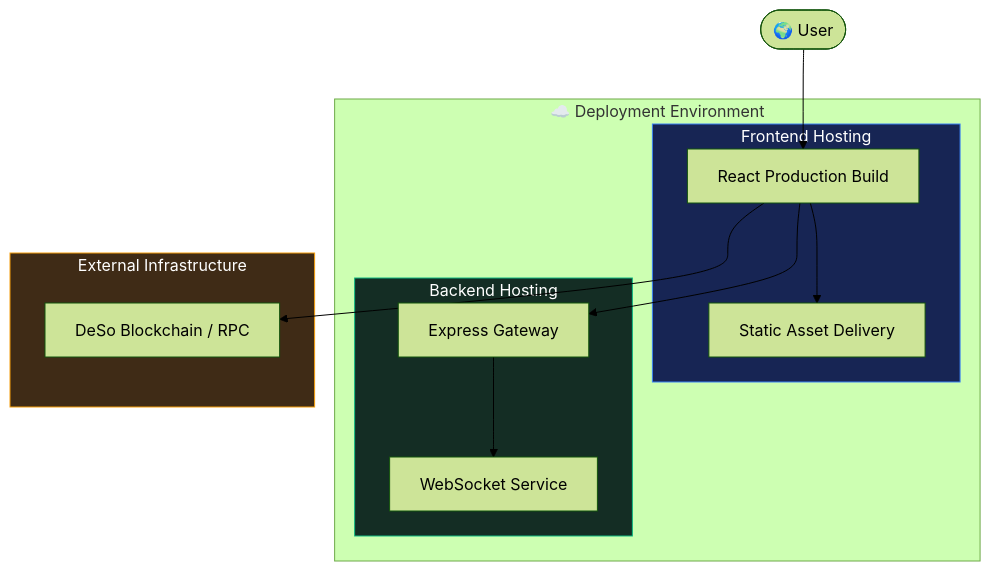
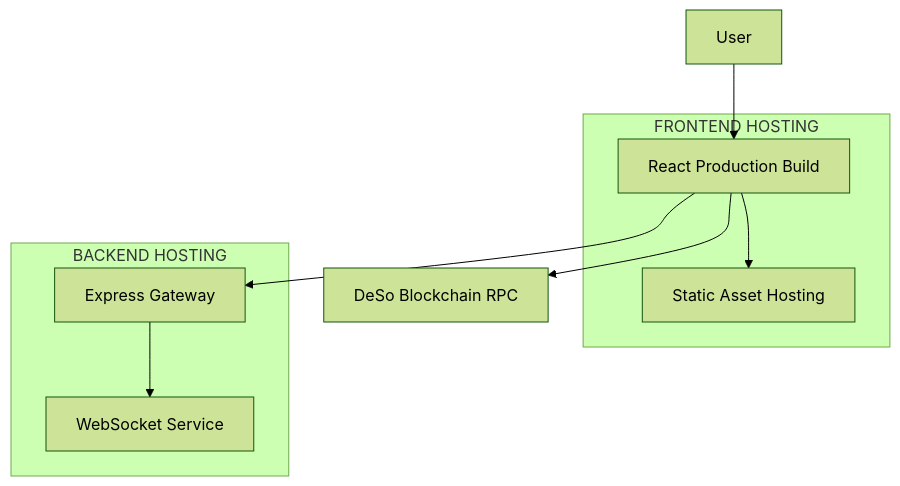
Before and after one commit to GREYHATTER225/supmate-web3: the third of 3 diagrams in README.md, drawn with Mermaid (forest theme). The commit also changed other lines of this file, not shown here.

````diff
--- a/README.md
+++ b/README.md
@@ -254,33 +270,23 @@
 ```mermaid
 flowchart TB
 
-    USER(["🌍 User"])
+    USER["User"]
 
-    subgraph CLOUD["☁️ Deployment Environment"]
-
-        subgraph HOST["Frontend Hosting"]
-            STATIC["React Production Build"]
-            CDN["Static Asset Delivery"]
-        end
-
-        subgraph SERVER["Backend Hosting"]
-            API["Express Gateway"]
-            SOCKET["WebSocket Service"]
-        end
-
+    subgraph FRONTEND_HOST["FRONTEND HOSTING"]
+        BUILD["React Production Build"]
+        STATIC["Static Asset Hosting"]
     end
 
-    subgraph EXTERNAL["External Infrastructure"]
-        DESO["DeSo Blockchain / RPC"]
+    subgraph BACKEND_HOST["BACKEND HOSTING"]
+        API["Express Gateway"]
+        SOCKET["WebSocket Service"]
     end
 
-    USER --> STATIC
-    STATIC --> CDN
-    STATIC --> API
+    DESO["DeSo Blockchain RPC"]
+
+    USER --> BUILD
+    BUILD --> STATIC
+    BUILD --> API
     API --> SOCKET
-    STATIC --> DESO
-
-    style HOST fill:#172554,stroke:#3B82F6,color:#FFFFFF
-    style SERVER fill:#142D24,stroke:#10B981,color:#FFFFFF
-    style EXTERNAL fill:#3F2B16,stroke:#F59E0B,color:#FFFFFF
+    BUILD --> DESO
 ```
````
